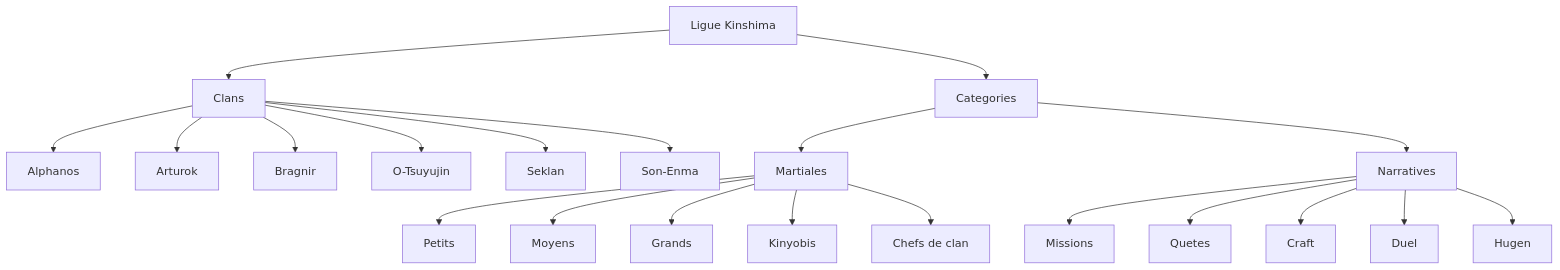
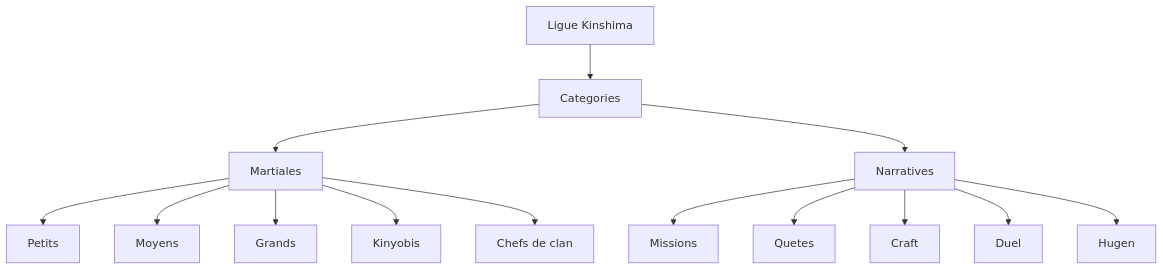
Before and after one commit to vadoreledingue/LK-Tableau-scores: the diagram in README.md, drawn with Mermaid. The commit also changed other lines of this file and 1 other file, not shown here.

````diff
--- a/README.md
+++ b/README.md
@@ -57,26 +56,18 @@
 ```mermaid
 flowchart TD
-    A[Ligue Kinshima] --> B[Clans]
-    B --> B1[Alphanos]
-    B --> B2[Arturok]
-    B --> B3[Bragnir]
-    B --> B4[O-Tsuyujin]
-    B --> B5[Seklan]
-    B --> B6[Son-Enma]
-
-    A --> C[Categories]
+    A[Ligue Kinshima] --> C[Categories]
     C --> C1[Martiales]
     C --> C2[Narratives]
 
     C1 --> M1[Petits]
     C1 --> M2[Moyens]
     C1 --> M3[Grands]
     C1 --> M4[Kinyobis]
     C1 --> M5[Chefs de clan]
 
     C2 --> N1[Missions]
     C2 --> N2[Quetes]
     C2 --> N3[Craft]
     C2 --> N4[Duel]
     C2 --> N5[Hugen]
 ```
````
